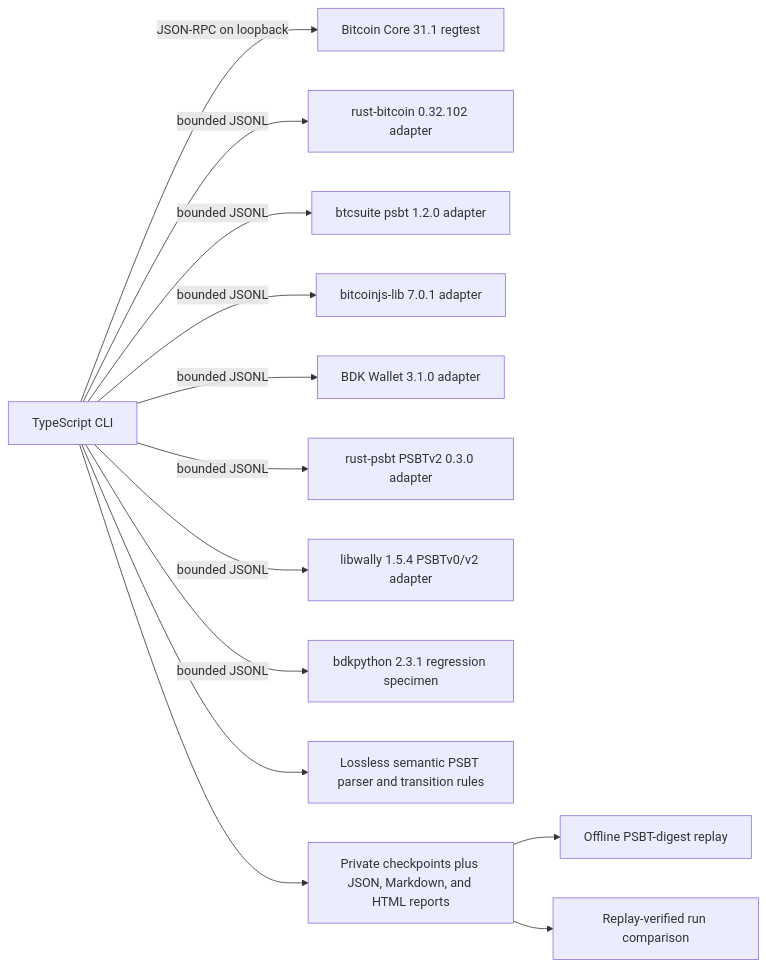
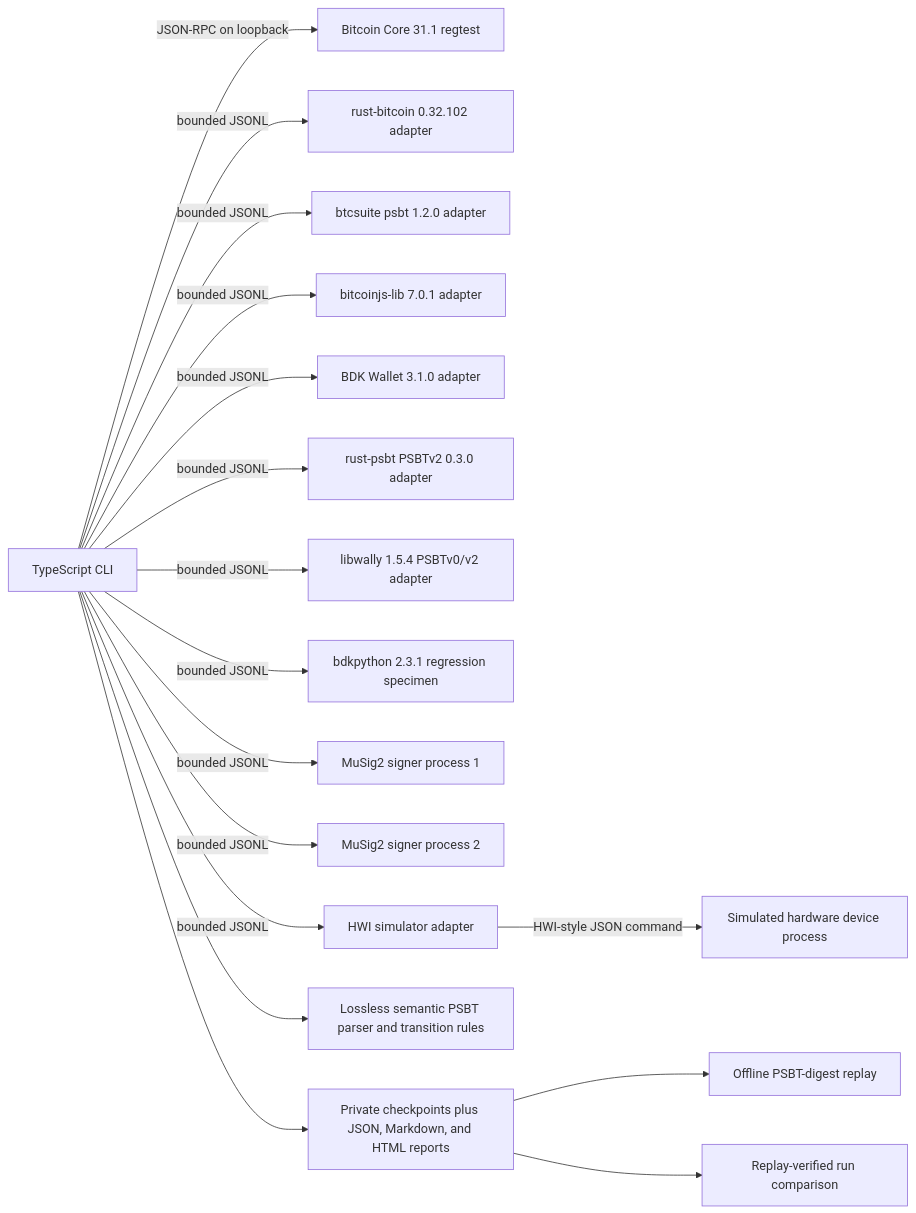
One commit to GautamBytes/psbt-interop-lab changed the diagram in docs/architecture.md. Above: the diagram before and after it, drawn with Mermaid. The commit also changed other lines of this file and 64 other files, not shown here.

First line of the commit message:
feat: add P2 MuSig2 and HWI protocol proofs (#15)

````diff
--- a/docs/architecture.md
+++ b/docs/architecture.md
@@ -10,15 +10,19 @@
 ```mermaid
 flowchart LR
   CLI["TypeScript CLI"] -->|"JSON-RPC on loopback"| Core["Bitcoin Core 31.1 regtest"]
   CLI -->|"bounded JSONL"| Rust["rust-bitcoin 0.32.102 adapter"]
   CLI -->|"bounded JSONL"| Go["btcsuite psbt 1.2.0 adapter"]
   CLI -->|"bounded JSONL"| JS["bitcoinjs-lib 7.0.1 adapter"]
   CLI -->|"bounded JSONL"| BDK["BDK Wallet 3.1.0 adapter"]
   CLI -->|"bounded JSONL"| V2["rust-psbt PSBTv2 0.3.0 adapter"]
   CLI -->|"bounded JSONL"| Wally["libwally 1.5.4 PSBTv0/v2 adapter"]
   CLI -->|"bounded JSONL"| Frozen["bdkpython 2.3.1 regression specimen"]
+  CLI -->|"bounded JSONL"| MuSig1["MuSig2 signer process 1"]
+  CLI -->|"bounded JSONL"| MuSig2["MuSig2 signer process 2"]
+  CLI -->|"bounded JSONL"| HWI["HWI simulator adapter"]
+  HWI -->|"HWI-style JSON command"| Device["Simulated hardware device process"]
   CLI --> Facts["Lossless semantic PSBT parser and transition rules"]
   CLI --> Artifacts["Private checkpoints plus JSON, Markdown, and HTML reports"]
   Artifacts --> Replay["Offline PSBT-digest replay"]
   Artifacts --> Compare["Replay-verified run comparison"]
 ```
````
